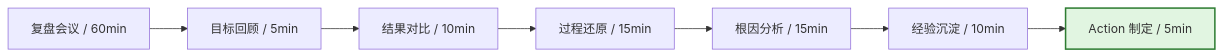
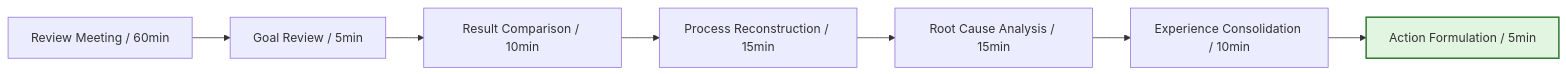
One commit to Kirky-X/cangjie changed the ninth of 9 diagrams in templates/产品/运营层/【模板】运营手册.md. Above: the diagram before and after it, drawn with Mermaid. The commit also changed other lines of this file and 60 other files, not shown here.

````diff
--- a/templates/产品/运营层/【模板】运营手册.md
+++ b/templates/产品/运营层/【模板】运营手册.md
@@ -458,11 +458,11 @@
 ```mermaid
 flowchart LR
-    A[复盘会议 / 60min] --> B[目标回顾 / 5min]
-    B --> C[结果对比 / 10min]
-    C --> D[过程还原 / 15min]
-    D --> E[根因分析 / 15min]
-    E --> F[经验沉淀 / 10min]
-    F --> G[Action 制定 / 5min]
+    A[Review Meeting / 60min] --> B[Goal Review / 5min]
+    B --> C[Result Comparison / 10min]
+    C --> D[Process Reconstruction / 15min]
+    D --> E[Root Cause Analysis / 15min]
+    E --> F[Experience Consolidation / 10min]
+    F --> G[Action Formulation / 5min]
 
     style G fill:#e1f5e1,stroke:#2e7d32,stroke-width:2px
 ```
````
